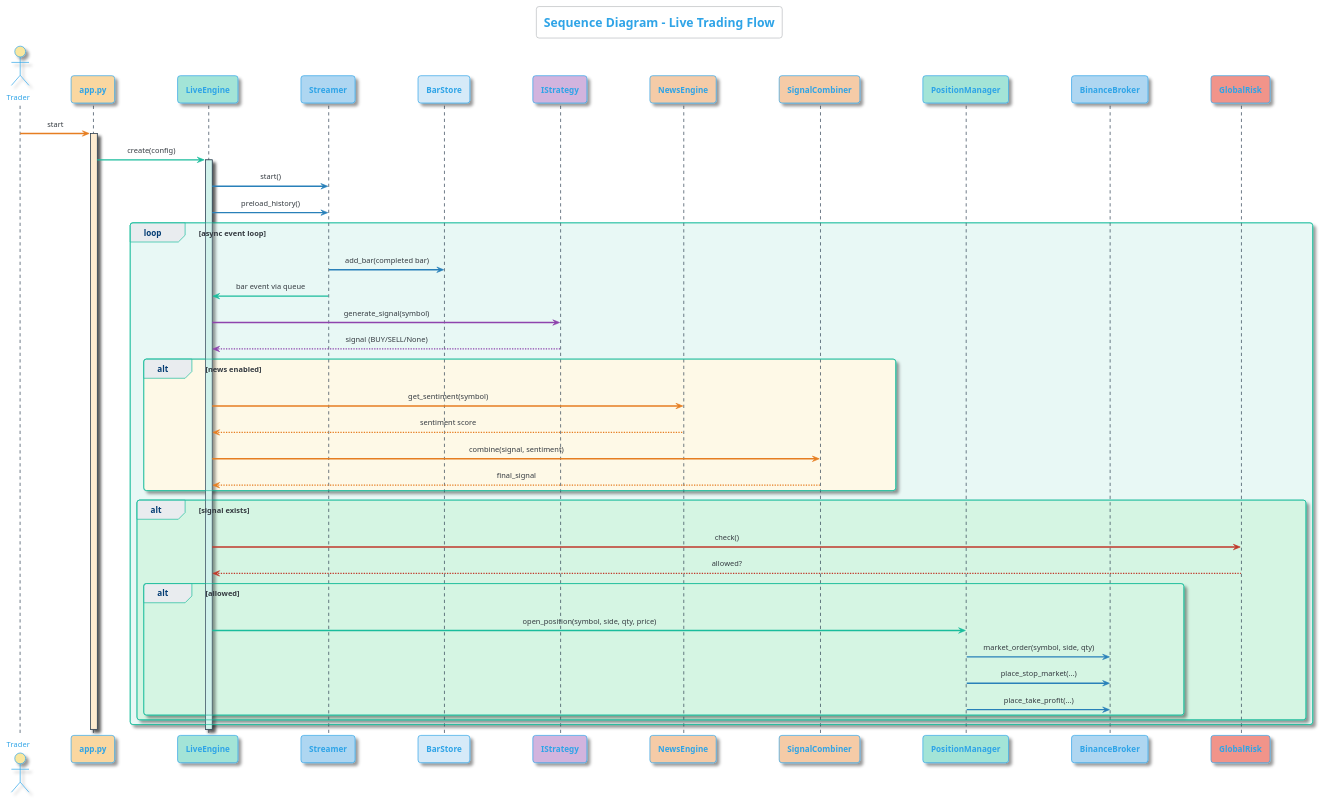
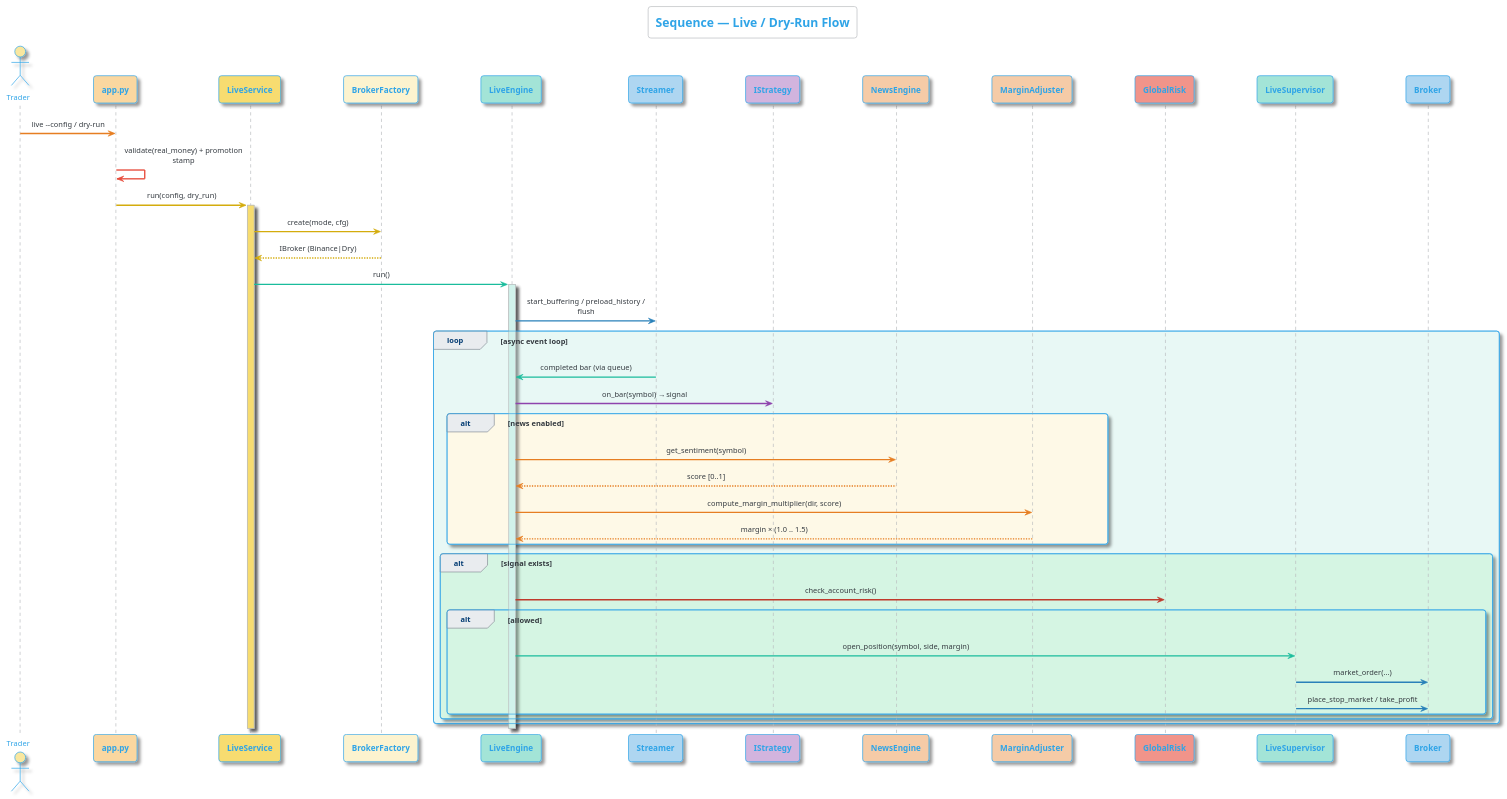
Diagram 11 of 15 in docs/uml_diagrams.puml (McanKul/ai-adaptive-tradebot-blg4901), drawn with PlantUML before and after one commit. The commit also changed other lines of this file and 5 other files, not shown here.

```diff
--- a/docs/uml_diagrams.puml
+++ b/docs/uml_diagrams.puml
@@ -634,74 +1178,60 @@
 @startuml Sequence_LiveTrading
 !theme cerulean-outline
-title <size:18>**Sequence Diagram - Live Trading Flow**</size>
+title <size:18>**Sequence — Live / Dry-Run Flow**</size>
 
 skinparam {
   shadowing true
   defaultFontSize 11
   sequenceMessageAlign center
   sequenceArrowThickness 2
   maxMessageSize 200
 }
-
 skinparam participant {
   FontSize 12
   FontStyle bold
 }
 
-skinparam sequence {
-  LifeLineBorderColor #2C3E50
-  LifeLineBackgroundColor #F8F9F9
-  GroupBorderColor #1ABC9C
-  GroupHeaderFontSize 12
-}
-
 actor "Trader" as User #F9E79F
-participant "app.py" as Runner #FAD7A0
+participant "app.py" as CLI #FAD7A0
+participant "LiveService" as Svc #F7DC6F
+participant "BrokerFactory" as BF #FCF3CF
 participant "LiveEngine" as Engine #A3E4D7
 participant "Streamer" as Stream #AED6F1
-participant "BarStore" as BS #D6EAF8
 participant "IStrategy" as Strat #D2B4DE
 participant "NewsEngine" as News #F5CBA7
-participant "SignalCombiner" as Combiner #F5CBA7
-participant "PositionManager" as PM #A3E4D7
-participant "BinanceBroker" as Broker #AED6F1
+participant "MarginAdjuster" as MA #F5CBA7
 participant "GlobalRisk" as GRisk #F1948A
+participant "LiveSupervisor" as Sup #A3E4D7
+participant "Broker" as Broker #AED6F1
 
-User -[#E67E22]> Runner: start
-activate Runner #FDEBD0
-Runner -[#1ABC9C]> Engine: create(config)
+User -[#E67E22]> CLI: live --config / dry-run
+CLI -[#E74C3C]> CLI: validate(real_money) + promotion stamp
+CLI -[#D4AC0D]> Svc: run(config, dry_run)
+activate Svc #F7DC6F
+Svc -[#D4AC0D]> BF: create(mode, cfg)
+BF --[#D4AC0D]> Svc: IBroker (Binance|Dry)
+Svc -[#1ABC9C]> Engine: run()
 activate Engine #D1F2EB
-Engine -[#2980B9]> Stream: start()
-Engine -[#2980B9]> Stream: preload_history()
-
+Engine -[#2980B9]> Stream: start_buffering / preload_history / flush
 loop #E8F8F5 async event loop
-  Stream -[#2980B9]> BS: add_bar(completed bar)
-  Stream -[#1ABC9C]> Engine: bar event via queue
-
-  Engine -[#8E44AD]> Strat: generate_signal(symbol)
-  Strat --[#8E44AD]> Engine: signal (BUY/SELL/None)
-
+  Stream -[#1ABC9C]> Engine: completed bar (via queue)
+  Engine -[#8E44AD]> Strat: on_bar(symbol) → signal
   alt #FEF9E7 news enabled
     Engine -[#E67E22]> News: get_sentiment(symbol)
-    News --[#E67E22]> Engine: sentiment score
-    Engine -[#E67E22]> Combiner: combine(signal, sentiment)
-    Combiner --[#E67E22]> Engine: final_signal
+    News --[#E67E22]> Engine: score [0..1]
+    Engine -[#E67E22]> MA: compute_margin_multiplier(dir, score)
+    MA --[#E67E22]> Engine: margin × (1.0 .. 1.5)
   end
-
   alt #D5F5E3 signal exists
-    Engine -[#C0392B]> GRisk: check()
-    GRisk --[#C0392B]> Engine: allowed?
-
+    Engine -[#C0392B]> GRisk: check_account_risk()
     alt #D5F5E3 allowed
-      Engine -[#1ABC9C]> PM: open_position(symbol, side, qty, price)
-      PM -[#2980B9]> Broker: market_order(symbol, side, qty)
-      PM -[#2980B9]> Broker: place_stop_market(...)
-      PM -[#2980B9]> Broker: place_take_profit(...)
+      Engine -[#1ABC9C]> Sup: open_position(symbol, side, margin)
+      Sup -[#2980B9]> Broker: market_order(...)
+      Sup -[#2980B9]> Broker: place_stop_market / take_profit
     end
   end
 end
-
 deactivate Engine
-deactivate Runner
+deactivate Svc
 
 @enduml
```
